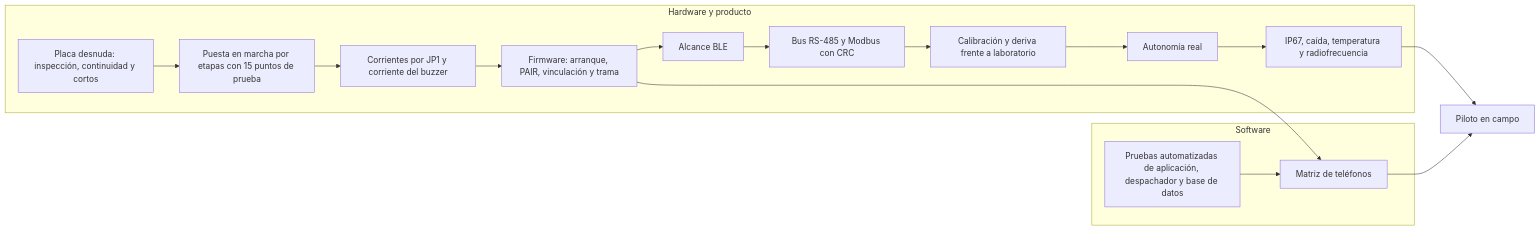
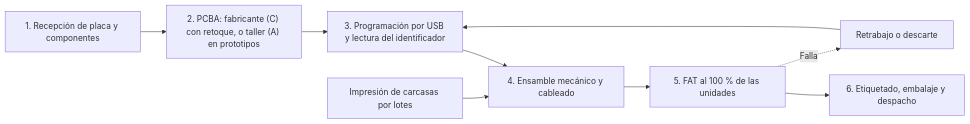
Before and after one commit to Alvarinhoooo7/TerraSence: the seventh of 8 diagrams in Evaluacion/Evaluacion 2/INFORME CORREGIDO.md, drawn with Mermaid. The commit also changed other lines of this file and 26 other files, not shown here.

First line of the commit message:
feat(evaluacion-2): informe de ingeniería básica y de detalle con placa V3 sin módulos

````diff
--- a/Evaluacion/Evaluacion 2/INFORME CORREGIDO.md
+++ b/Evaluacion/Evaluacion 2/INFORME CORREGIDO.md
@@ -2135,19 +1389,11 @@
 ```mermaid
 flowchart LR
-    subgraph HW["Hardware y producto"]
-        E1["Placa desnuda: inspección, continuidad y cortos"] --> E2["Puesta en marcha por etapas con 15 puntos de prueba"]
-        E2 --> E3["Corrientes por JP1 y corriente del buzzer"]
-        E3 --> E4["Firmware: arranque, PAIR, vinculación y trama"]
-        E4 --> E5["Alcance BLE"]
-        E5 --> E6["Bus RS-485 y Modbus con CRC"]
-        E6 --> E7["Calibración y deriva frente a laboratorio"]
-        E7 --> E8["Autonomía real"]
-        E8 --> E9["IP67, caída, temperatura y radiofrecuencia"]
-    end
-    subgraph SW["Software"]
-        S1["Pruebas automatizadas de aplicación, despachador y base de datos"] --> S2["Matriz de teléfonos"]
-    end
-    E4 --> S2
-    E9 --> P["Piloto en campo"]
-    S2 --> P
+    E1["1. Recepción de placa y componentes"] --> E2["2. PCBA: fabricante (C) con retoque, o taller (A) en prototipos"]
+    E2 --> E3["3. Programación por USB y lectura del identificador"]
+    E3 --> E4["4. Ensamble mecánico y cableado"]
+    E4 --> E5["5. FAT al 100 % de las unidades"]
+    E5 --> E6["6. Etiquetado, embalaje y despacho"]
+    E5 -.->|"Falla"| R["Retrabajo o descarte"]
+    R --> E3
+    I3["Impresión de carcasas por lotes"] --> E4
 ```
````
